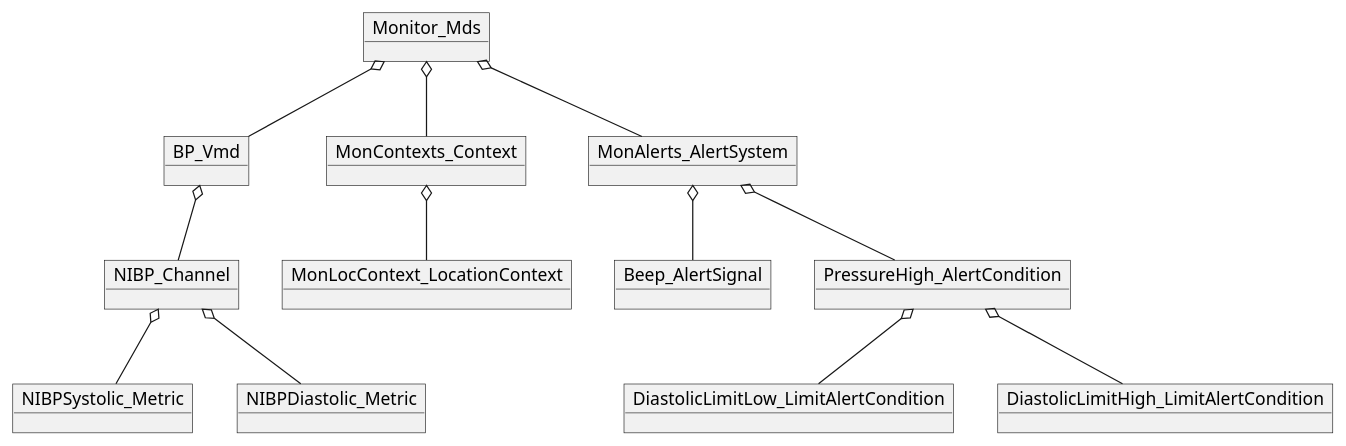
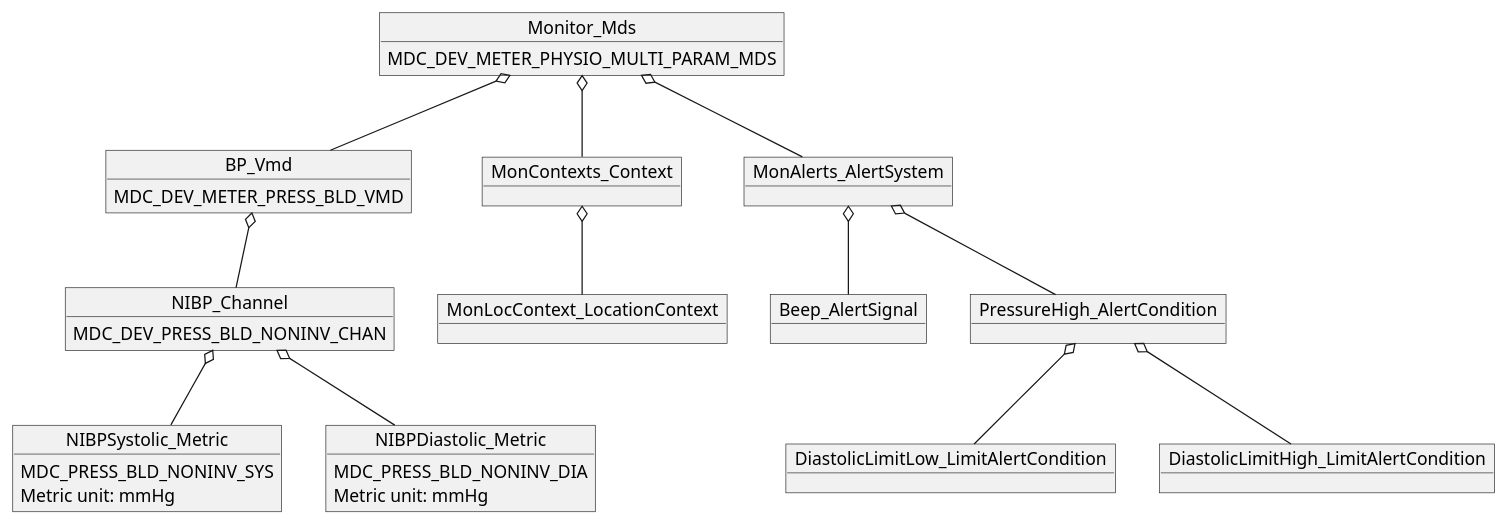
Before and after one commit to IHE/sdpi-fhir: the diagram in SDPi_Supplement/asciidoc/plantuml/vol3-figure-biceps-content-module-physiomon.puml, drawn with PlantUML.

Commit message:
Added MDC codes and Metric units to diagram

```diff
--- a/SDPi_Supplement/asciidoc/plantuml/vol3-figure-biceps-content-module-physiomon.puml
+++ b/SDPi_Supplement/asciidoc/plantuml/vol3-figure-biceps-content-module-physiomon.puml
@@ -1,32 +1,39 @@
 @startuml
 
 skinparam monochrome true
 
 object Monitor_Mds
+Monitor_Mds : MDC_DEV_METER_PHYSIO_MULTI_PARAM_MDS
 object BP_Vmd
+BP_Vmd : MDC_DEV_METER_PRESS_BLD_VMD
 object NIBP_Channel
+NIBP_Channel : MDC_DEV_PRESS_BLD_NONINV_CHAN
 object NIBPSystolic_Metric
+NIBPSystolic_Metric : MDC_PRESS_BLD_NONINV_SYS
+NIBPSystolic_Metric : Metric unit: mmHg
 object NIBPDiastolic_Metric
+NIBPDiastolic_Metric : MDC_PRESS_BLD_NONINV_DIA
+NIBPDiastolic_Metric : Metric unit: mmHg
 object MonContexts_Context
 object MonLocContext_LocationContext
 object MonAlerts_AlertSystem
 object Beep_AlertSignal
 object PressureHigh_AlertCondition
 object DiastolicLimitLow_LimitAlertCondition
 object DiastolicLimitHigh_LimitAlertCondition
 
 Monitor_Mds o-- BP_Vmd
 BP_Vmd o-- NIBP_Channel
 NIBP_Channel o-- NIBPSystolic_Metric
 NIBP_Channel o-- NIBPDiastolic_Metric
 
 Monitor_Mds o-- MonContexts_Context
 MonContexts_Context o-- MonLocContext_LocationContext
 
 Monitor_Mds o-- MonAlerts_AlertSystem
 MonAlerts_AlertSystem o-- Beep_AlertSignal
 MonAlerts_AlertSystem o-- PressureHigh_AlertCondition
 PressureHigh_AlertCondition o-- DiastolicLimitLow_LimitAlertCondition
 PressureHigh_AlertCondition o-- DiastolicLimitHigh_LimitAlertCondition
 
 @enduml
```
